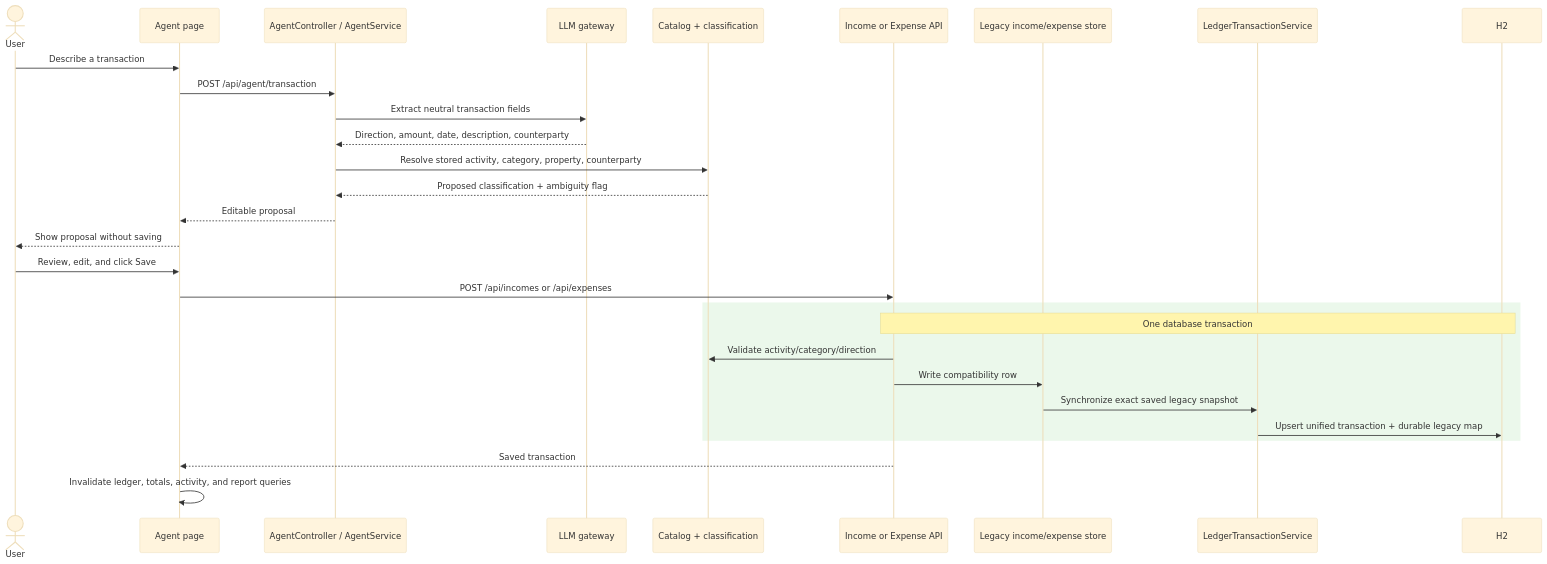
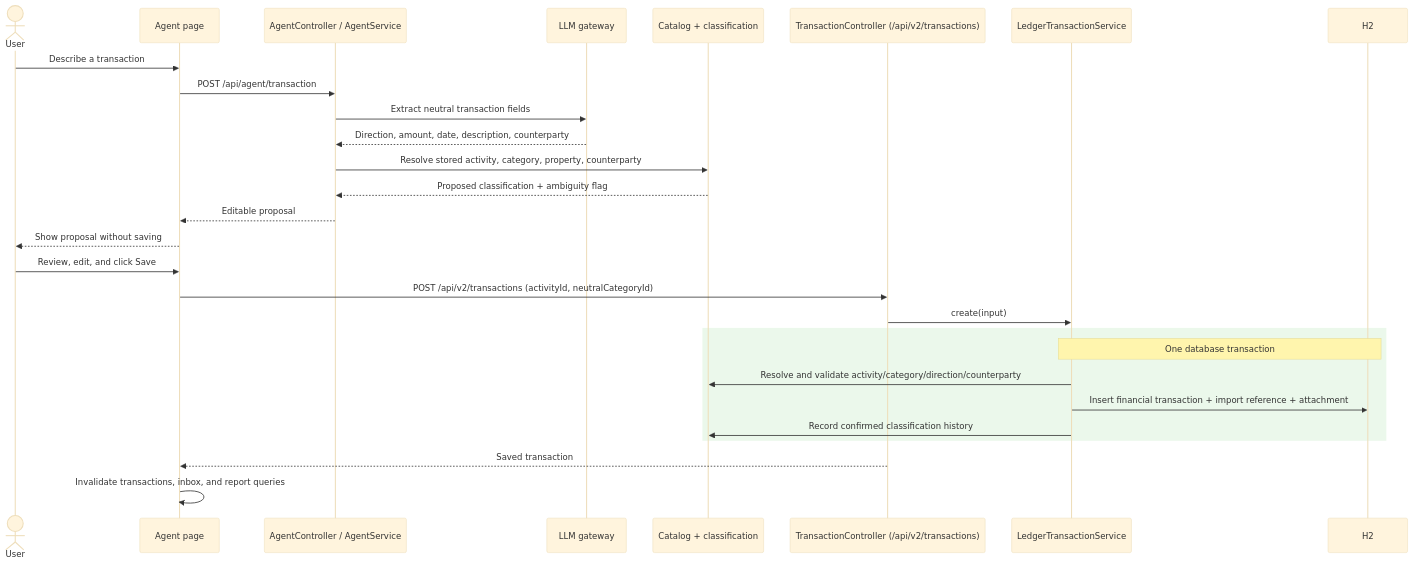
The second of 7 diagrams in diagrams/sequence-diagrams.md (jinloes/bookie), drawn with Mermaid (base theme) before and after one commit. The commit also changed other lines of this file and 621 other files, not shown here.

First line of the commit message:
Retire legacy flows and adopt Spring Modulith

````diff
--- a/diagrams/sequence-diagrams.md
+++ b/diagrams/sequence-diagrams.md
@@ -58,33 +58,32 @@
 ```mermaid
 sequenceDiagram
   actor User
   participant UI as Agent page
   participant Agent as AgentController / AgentService
   participant LLM as LLM gateway
   participant Catalog as Catalog + classification
-  participant API as Income or Expense API
-  participant Legacy as Legacy income/expense store
+  participant API as TransactionController (/api/v2/transactions)
   participant Ledger as LedgerTransactionService
   participant DB as H2
 
   User->>UI: Describe a transaction
   UI->>Agent: POST /api/agent/transaction
   Agent->>LLM: Extract neutral transaction fields
   LLM-->>Agent: Direction, amount, date, description, counterparty
   Agent->>Catalog: Resolve stored activity, category, property, counterparty
   Catalog-->>Agent: Proposed classification + ambiguity flag
   Agent-->>UI: Editable proposal
   UI-->>User: Show proposal without saving
 
   User->>UI: Review, edit, and click Save
-  UI->>API: POST /api/incomes or /api/expenses
+  UI->>API: POST /api/v2/transactions (activityId, neutralCategoryId)
+  API->>Ledger: create(input)
   rect rgb(235, 248, 235)
-    Note over API,DB: One database transaction
-    API->>Catalog: Validate activity/category/direction
-    API->>Legacy: Write compatibility row
-    Legacy->>Ledger: Synchronize exact saved legacy snapshot
-    Ledger->>DB: Upsert unified transaction + durable legacy map
+    Note over Ledger,DB: One database transaction
+    Ledger->>Catalog: Resolve and validate activity/category/direction/counterparty
+    Ledger->>DB: Insert financial transaction + import reference + attachment
+    Ledger->>Catalog: Record confirmed classification history
   end
   API-->>UI: Saved transaction
-  UI->>UI: Invalidate ledger, totals, activity, and report queries
+  UI->>UI: Invalidate transactions, inbox, and report queries
 ```
````
